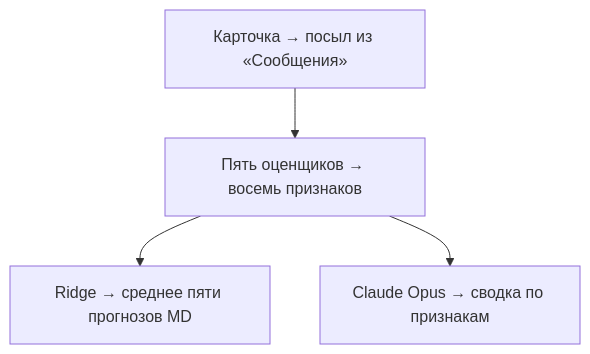
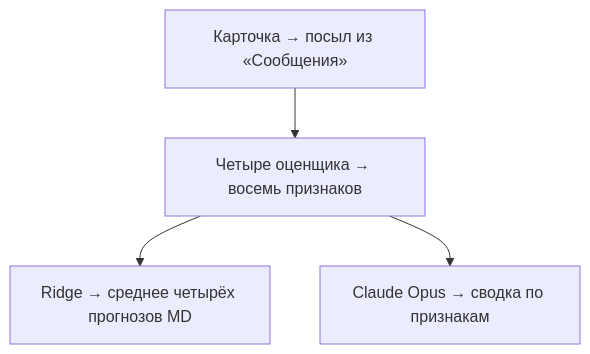
One commit to Gavshme/AIPM-3.1_scenarios changed the diagram in README.md. Above: the diagram before and after it, drawn with Mermaid. The commit also changed other lines of this file and 8 other files, not shown here.

````diff
--- a/README.md
+++ b/README.md
@@ -17,6 +17,6 @@
 ```mermaid
 flowchart TD
-    A["Карточка → посыл из «Сообщения»"] --> B["Пять оценщиков → восемь признаков"]
-    B --> C["Ridge → среднее пяти прогнозов MD"]
+    A["Карточка → посыл из «Сообщения»"] --> B["Четыре оценщика → восемь признаков"]
+    B --> C["Ridge → среднее четырёх прогнозов MD"]
     B --> D["Claude Opus → сводка по признакам"]
 ```
````
